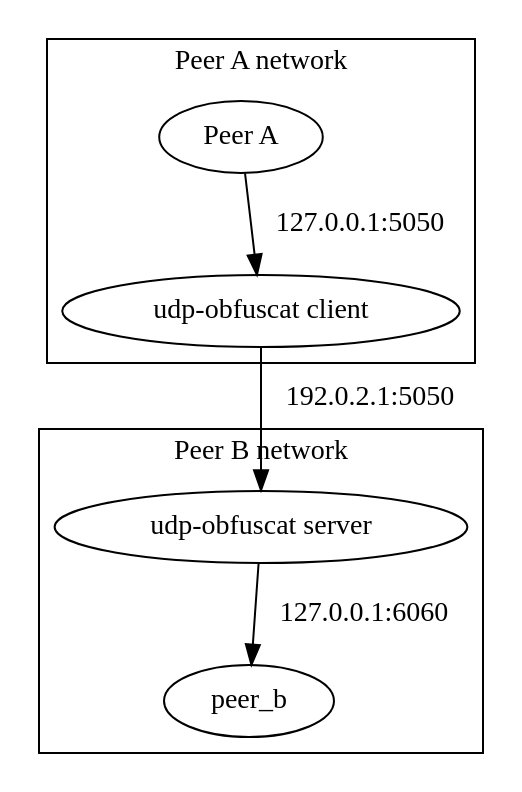
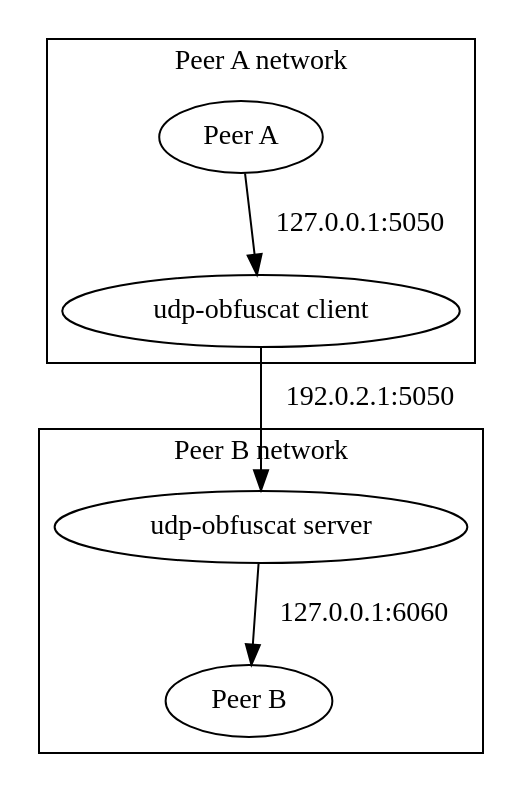
Before and after one commit to vehlwn/udp-obfuscat: the diagram in diagram.dot, drawn with Graphviz. The commit also changed 1 other file, not shown here.

```diff
--- a/diagram.dot
+++ b/diagram.dot
@@ -1,24 +1,24 @@
 digraph
 {
     rankdir = TB
 
     subgraph cluster_a
     {
         label = "Peer A network"
 
-        peer_a [label = "Peer A"];
+        peer_a [label = "Peer A"]
         udp_obfuscat_client [label = "udp-obfuscat client"]
 
         peer_a -> udp_obfuscat_client [label = "127.0.0.1:5050"]
     }
     subgraph cluster_b
     {
         label = "Peer B network"
 
-        peer_b
+        peer_b [label = "Peer B"]
         udp_obfuscat_server [label = "udp-obfuscat server"]
 
-        udp_obfuscat_server -> peer_b [label = "127.0.0.1:6060"];
+        udp_obfuscat_server -> peer_b [label = "127.0.0.1:6060"]
     }
     udp_obfuscat_client -> udp_obfuscat_server [label = "192.0.2.1:5050"]
 }
```
